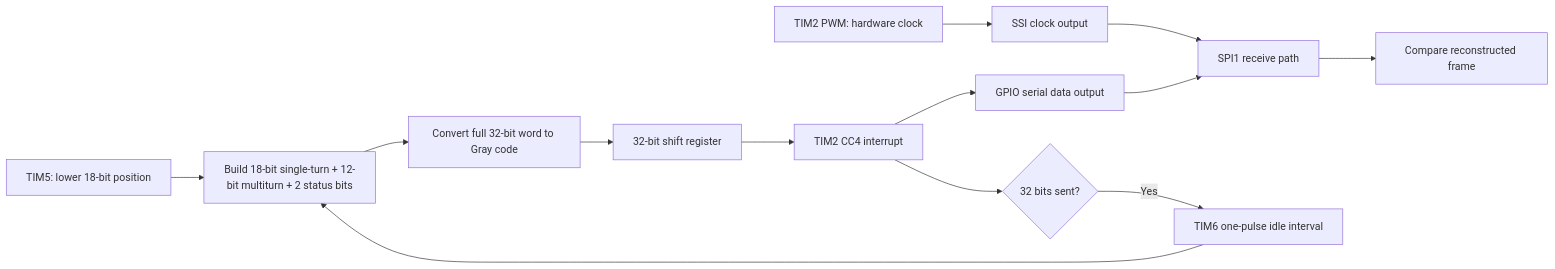
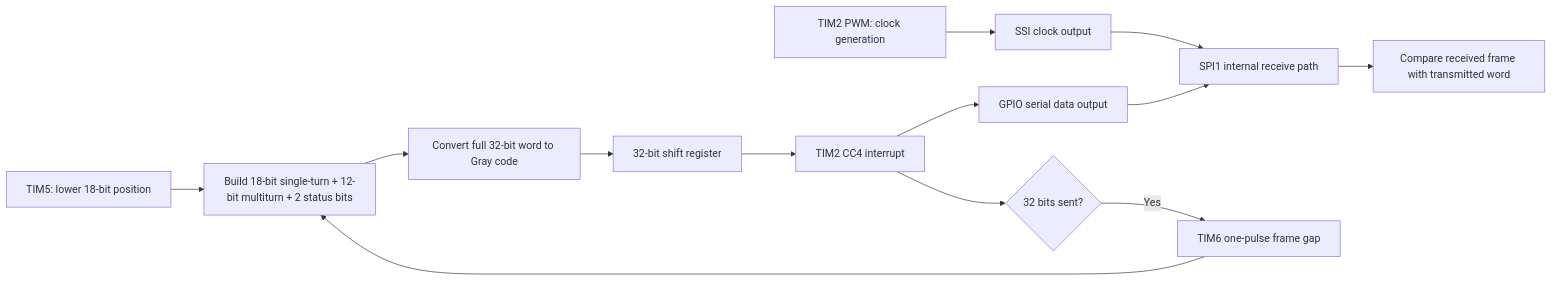
The diagram in README.md (savarrare14/stm32-ssi-absolute-encoder-emulator), drawn with Mermaid before and after one commit. The commit also changed other lines of this file, not shown here.

Commit message:
Describe SSI emulator as a project, not a report

````diff
--- a/README.md
+++ b/README.md
@@ -21,15 +19,15 @@
 ```mermaid
 flowchart LR
   TIM5["TIM5: lower 18-bit position"] --> FRAME["Build 18-bit single-turn + 12-bit multiturn + 2 status bits"]
   FRAME --> GRAY["Convert full 32-bit word to Gray code"]
   GRAY --> SHIFT["32-bit shift register"]
-  TIM2["TIM2 PWM: hardware clock"] --> CLOCK["SSI clock output"]
+  TIM2["TIM2 PWM: clock generation"] --> CLOCK["SSI clock output"]
   TIM2CC4["TIM2 CC4 interrupt"] --> DATA["GPIO serial data output"]
   SHIFT --> TIM2CC4
   TIM2CC4 --> COUNT{"32 bits sent?"}
-  COUNT -- Yes --> TIM6["TIM6 one-pulse idle interval"]
+  COUNT -->|Yes| TIM6["TIM6 one-pulse frame gap"]
   TIM6 --> FRAME
-  CLOCK --> SPI1["SPI1 receive path"]
+  CLOCK --> SPI1["SPI1 internal receive path"]
   DATA --> SPI1
-  SPI1 --> VERIFY["Compare reconstructed frame"]
+  SPI1 --> VERIFY["Compare received frame with transmitted word"]
 ```
````
